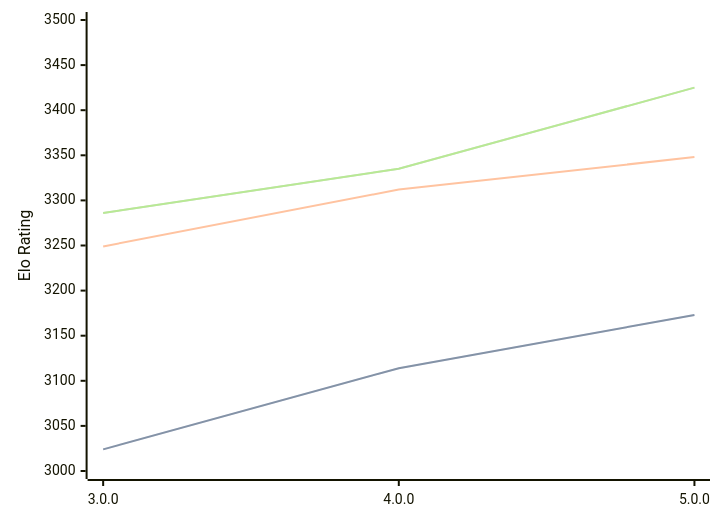
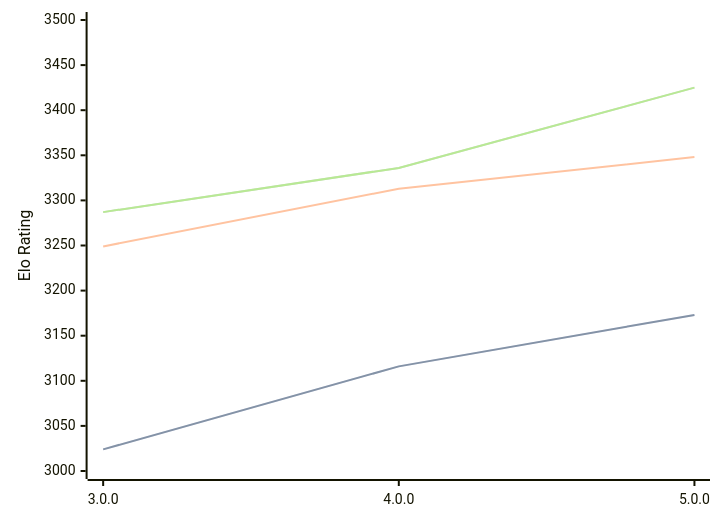
The diagram in engines/Minke.md (computer-chess-index/cci), drawn with Mermaid before and after one commit. The commit also changed other lines of this file, not shown here.

Commit message:
Update CCI Ratings (ELO VLTC) - 2026-02-21

````diff
--- a/engines/Minke.md
+++ b/engines/Minke.md
@@ -32,11 +32,11 @@
 ```mermaid
 %%{init: {"theme":"base","themeVariables":{"seriesColors:['#a3a3a3','#222221','#faa371']}}}%%
 xychart-beta
   x-axis ["3.0.0", "4.0.0", "5.0.0"]
   y-axis "Elo Rating" 3000 --> 3500
-  line "STC (8.0+0.08s)" [3024, 3114, 3173]
-  line "STC (8.0+0.08s)" [3024, 3114, 3173]
-  line "LTC (60.0+0.60s)" [3249, 3312, 3348]
-  line "VLTC (2m24s+1.12s)" [3286, 3335, 3425]
-  line "VLTC (2m24s+1.12s)" [3286, 3335, 3425]
+  line "STC (8.0+0.08s)" [3024, 3116, 3173]
+  line "STC (8.0+0.08s)" [3024, 3116, 3173]
+  line "LTC (60.0+0.60s)" [3249, 3313, 3348]
+  line "VLTC (2m24s+1.12s)" [3287, 3336, 3425]
+  line "VLTC (2m24s+1.12s)" [3287, 3336, 3425]
 ```
````
